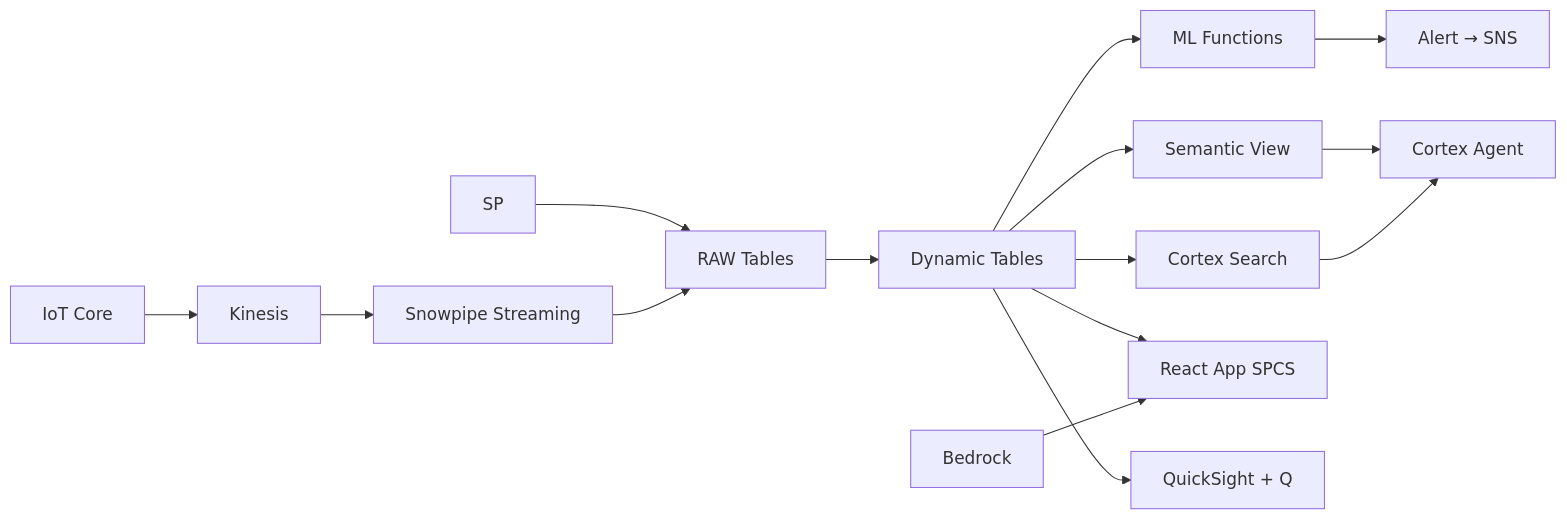
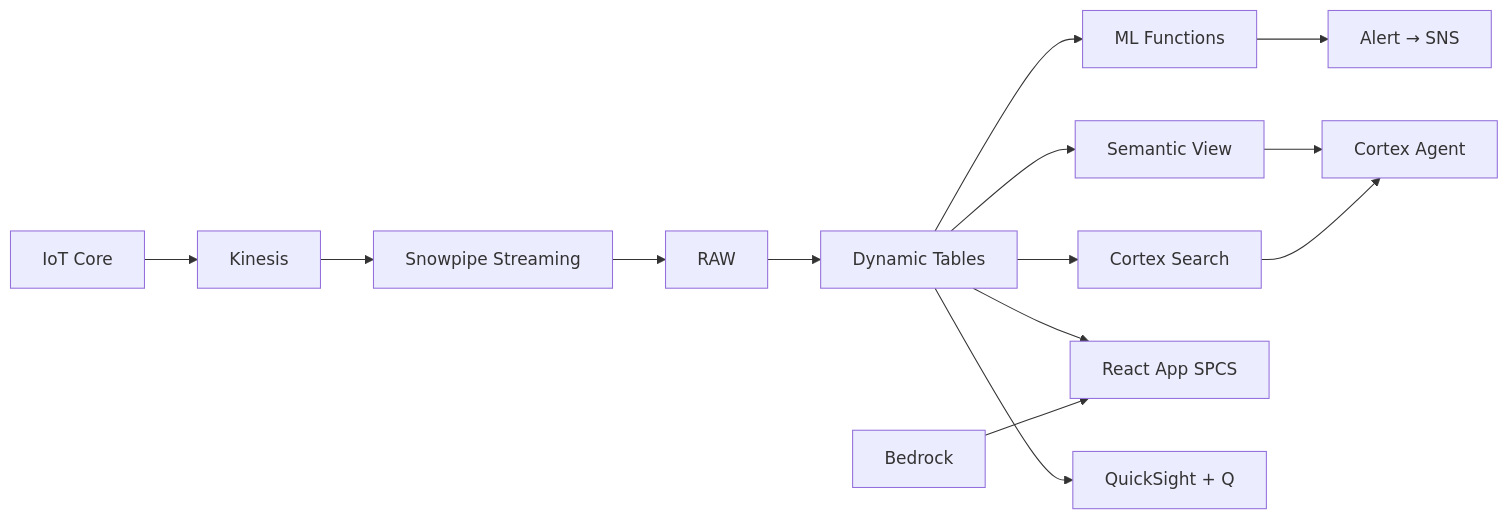
The diagram in README.md (sfc-gh-jasvestis/aws-malaysia-oil-gas-refinery), drawn with Mermaid before and after one commit. The commit also changed 7 other files, not shown here.

Commit message:
Fix: add all source files, .gitignore, fix Mermaid diagram

````diff
--- a/README.md
+++ b/README.md
@@ -9,17 +9,16 @@
 ```mermaid
 flowchart LR
     IOT[IoT Core] --> KIN[Kinesis]
     KIN --> SPS[Snowpipe Streaming]
-    SP --> RAW[RAW Tables]
     SPS --> RAW
     RAW --> DT[Dynamic Tables]
     DT --> ML[ML Functions]
     DT --> SEARCH[Cortex Search]
     DT --> SV[Semantic View]
     SV --> AGENT[Cortex Agent]
     SEARCH --> AGENT
     DT --> APP[React App SPCS]
     BR[Bedrock] --> APP
     DT --> QS[QuickSight + Q]
     ML --> ALERT[Alert → SNS]
 ```
````
